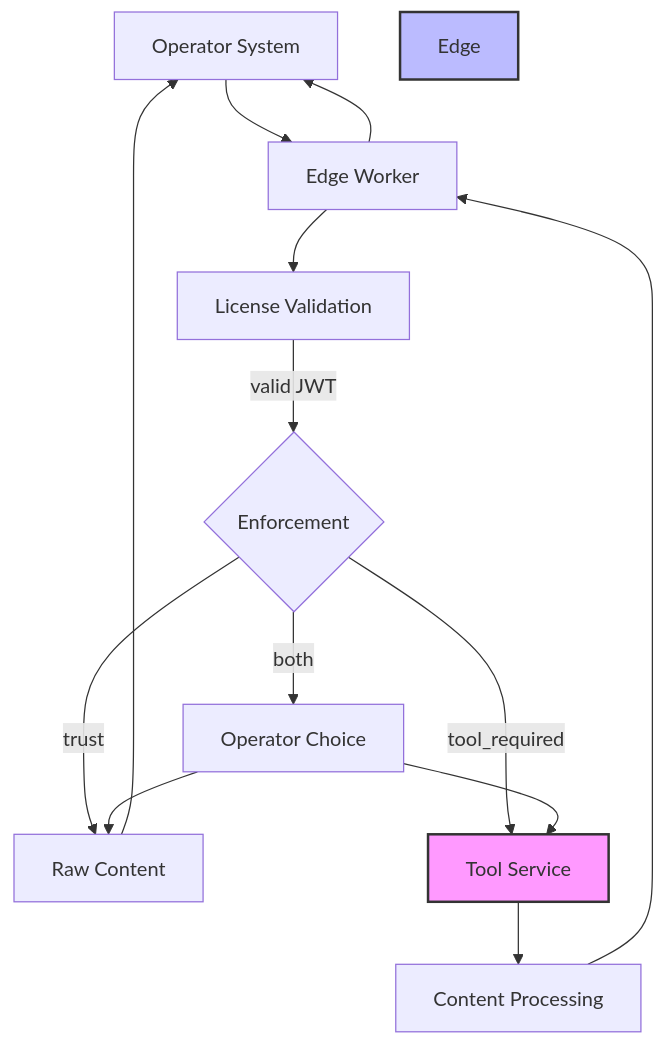
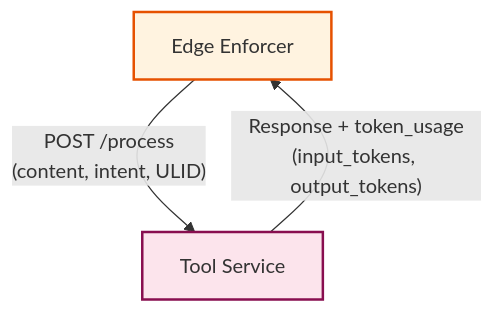
The first of 3 diagrams in docs/tool-service-api.md (PeekThenPay/peek-json-spec), drawn with Mermaid before and after one commit. The commit also changed other lines of this file and 7 other files, not shown here.

````diff
--- a/docs/tool-service-api.md
+++ b/docs/tool-service-api.md
@@ -20,17 +34,15 @@
 ```mermaid
 flowchart TD
-  Operator[Operator System] --> Enforcer[Edge Worker]
-  Enforcer --> License[License Validation]
-  License -->|valid JWT| Enforcement{Enforcement}
-  Enforcement -->|trust| Raw[Raw Content]
-  Enforcement -->|tool_required| ToolService[Tool Service]
-  Enforcement -->|both| Choice[Operator Choice]
-  ToolService --> Process[Content Processing]
-  Process --> Enforcer
-  Enforcer --> Operator
-  Raw --> Operator
-  Choice --> Raw
-  Choice --> ToolService
-  style ToolService fill:#f9f,stroke:#333,stroke-width:2px
-  style Edge fill:#bbf,stroke:#333,stroke-width:2px
+    enforcer[Edge Enforcer]
+    tooling[Tool Service]
+
+    enforcer -- "POST /process<br/>(content, intent, ULID)" --> tooling
+    tooling -- "Response + token_usage<br/>(input_tokens, output_tokens)" --> enforcer
+
+    %% Styling
+    classDef enforcerStyle fill:#fff3e0,stroke:#e65100,stroke-width:2px
+    classDef toolStyle fill:#fce4ec,stroke:#880e4f,stroke-width:2px
+
+    class enforcer enforcerStyle
+    class tooling toolStyle
 ```
````
